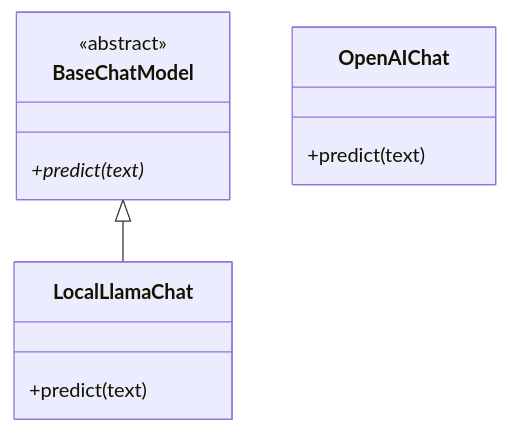
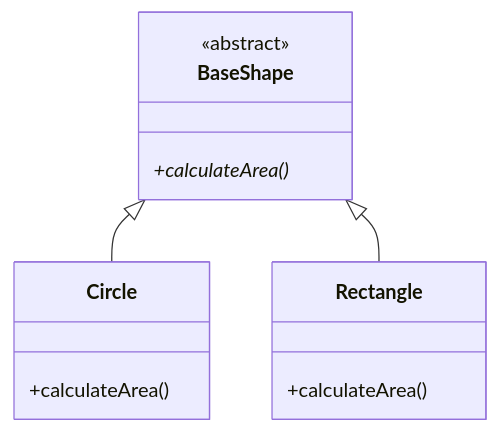
The fourth of 5 diagrams in From Zero To Hero/2. Programming Paradigms & Architecture/2.1 OOP.md (dagudelo88/From-Zero-to-hero-Software-engineer), drawn with Mermaid before and after one commit. The commit also changed other lines of this file and 5 other files, not shown here.

````diff
--- a/From Zero To Hero/2. Programming Paradigms & Architecture/2.1 OOP.md
+++ b/From Zero To Hero/2. Programming Paradigms & Architecture/2.1 OOP.md
@@ -301,16 +305,17 @@
 ```mermaid
 classDiagram
     direction TB
-    class BaseChatModel {
+    class BaseShape {
         <<abstract>>
-        +predict(text)*
+        +calculateArea()*
     }
-    class OpenAIChat {
-        +predict(text)
+    class Circle {
+        +calculateArea()
     }
-    class LocalLlamaChat {
-        +predict(text)
+    class Rectangle {
+        +calculateArea()
     }
     
-    BaseChatModel <|-- LocalLlamaChat
+    BaseShape <|-- Circle
+    BaseShape <|-- Rectangle
 ```
````
